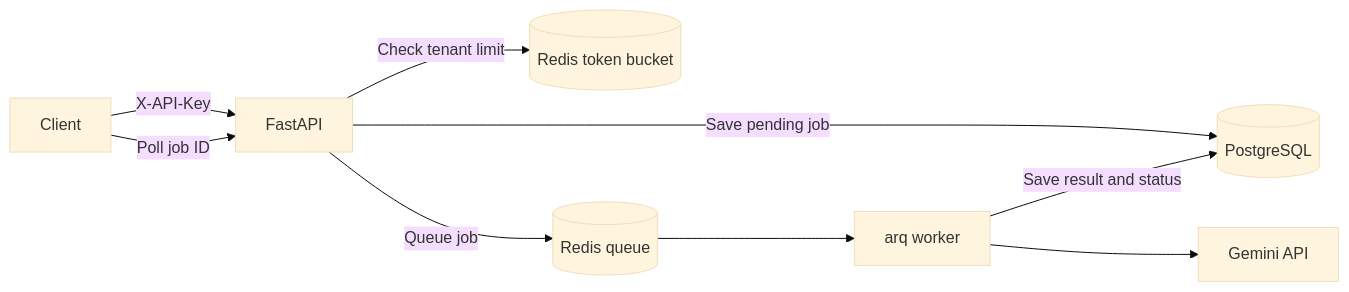
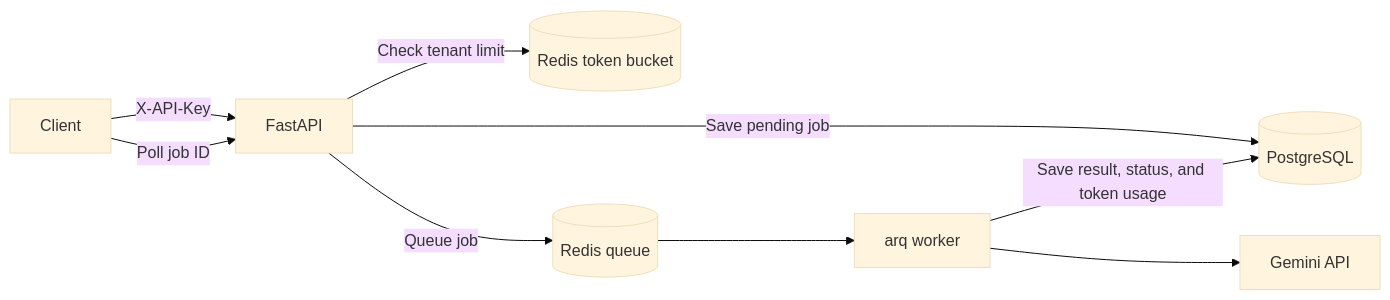
The diagram in README.md (x1de/llm-inference-service), drawn with Mermaid (base theme) before and after one commit. The commit also changed other lines of this file and 3 other files, not shown here.

````diff
--- a/README.md
+++ b/README.md
@@ -7,11 +7,11 @@
 ```mermaid
 flowchart LR
     Client[Client] -->|X-API-Key| API[FastAPI]
     API -->|Check tenant limit| Limit[(Redis token bucket)]
     API -->|Save pending job| DB[(PostgreSQL)]
     API -->|Queue job| Queue[(Redis queue)]
     Queue --> Worker[arq worker]
     Worker --> Gemini[Gemini API]
-    Worker -->|Save result and status| DB
+    Worker -->|Save result, status, and token usage| DB
     Client -->|Poll job ID| API
 ```
````
